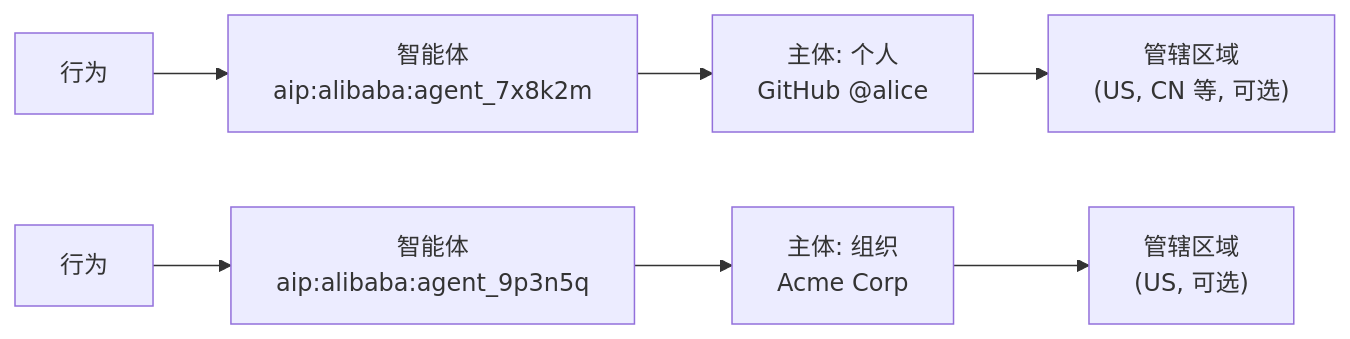
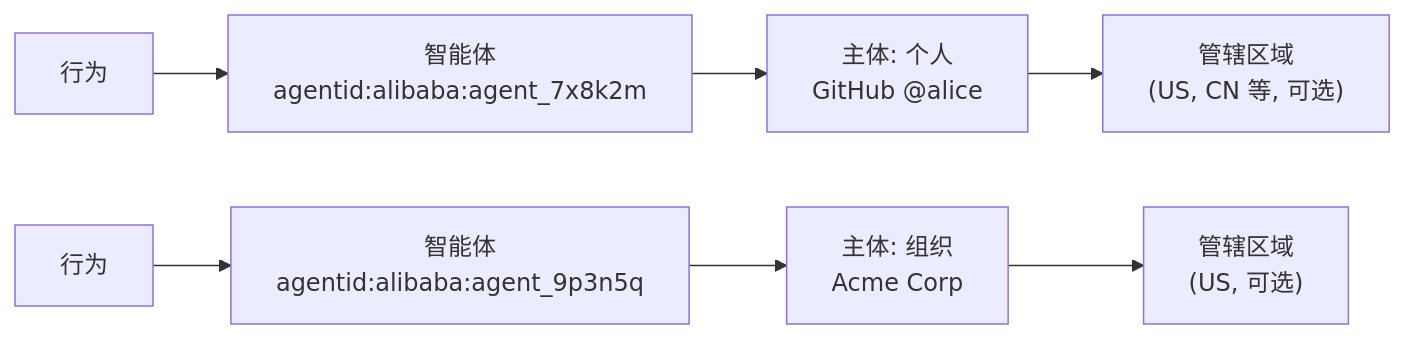
One commit to agentscope-ai/agent-identity changed the fourth of 15 diagrams in design/2026-03-25-agentid.zh.md. Above: the diagram before and after it, drawn with Mermaid. The commit also changed other lines of this file and 12 other files, not shown here.

First line of the commit message:
URN scheme: aip:* → agentid:*

````diff
--- a/design/2026-03-25-agentid.zh.md
+++ b/design/2026-03-25-agentid.zh.md
@@ -149,6 +149,6 @@
 ```mermaid
 graph LR
-    Act1["行为"] --> Ag1["智能体<br/>aip:alibaba:agent_7x8k2m"] --> Pr1["主体: 个人<br/>GitHub @alice"] --> J1["管辖区域<br/>(US, CN 等, 可选)"]
+    Act1["行为"] --> Ag1["智能体<br/>agentid:alibaba:agent_7x8k2m"] --> Pr1["主体: 个人<br/>GitHub @alice"] --> J1["管辖区域<br/>(US, CN 等, 可选)"]
 
-    Act2["行为"] --> Ag2["智能体<br/>aip:alibaba:agent_9p3n5q"] --> Pr2["主体: 组织<br/>Acme Corp"] --> J2["管辖区域<br/>(US, 可选)"]
+    Act2["行为"] --> Ag2["智能体<br/>agentid:alibaba:agent_9p3n5q"] --> Pr2["主体: 组织<br/>Acme Corp"] --> J2["管辖区域<br/>(US, 可选)"]
 ```
````
